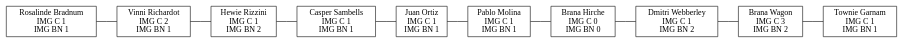
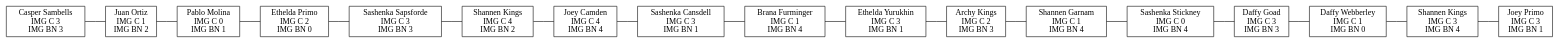
One commit to d-acetun/simulacion-sistema-impresion-de-imagenes changed the diagram in Fase1/colaRecepcion.dot. Above: the diagram before and after it, drawn with Graphviz. The commit also changed 17 other files, not shown here.

```diff
--- a/Fase1/colaRecepcion.dot
+++ b/Fase1/colaRecepcion.dot
@@ -1,24 +1,38 @@
 digraph ejemplo {
 node[shape=box]
 edge[arrowhead=none]
-0 [label="Rosalinde Bradnum\nIMG C 1\nIMG BN 1"]
-1 [label="Vinni Richardot\nIMG C 2\nIMG BN 1"]
-2 [label="Hewie Rizzini\nIMG C 1\nIMG BN 2"]
-3 [label="Casper Sambells\nIMG C 1\nIMG BN 1"]
-4 [label="Juan Ortiz\nIMG C 1\nIMG BN 1"]
-5 [label="Pablo Molina\nIMG C 1\nIMG BN 1"]
-6 [label="Brana Hirche\nIMG C 0\nIMG BN 0"]
-7 [label="Dmitri Webberley\nIMG C 1\nIMG BN 2"]
-8 [label="Brana Wagon\nIMG C 3\nIMG BN 2"]
-9 [label="Townie Garnam\nIMG C 1\nIMG BN 1"]
+0 [label="Casper Sambells\nIMG C 3\nIMG BN 3"]
+1 [label="Juan Ortiz\nIMG C 1\nIMG BN 2"]
+2 [label="Pablo Molina\nIMG C 0\nIMG BN 1"]
+3 [label="Ethelda Primo\nIMG C 2\nIMG BN 0"]
+4 [label="Sashenka Sapsforde\nIMG C 3\nIMG BN 3"]
+5 [label="Shannen Kings\nIMG C 4\nIMG BN 2"]
+6 [label="Joey Camden\nIMG C 4\nIMG BN 4"]
+7 [label="Sashenka Cansdell\nIMG C 3\nIMG BN 1"]
+8 [label="Brana Furminger\nIMG C 1\nIMG BN 4"]
+9 [label="Ethelda Yurukhin\nIMG C 3\nIMG BN 1"]
+10 [label="Archy Kings\nIMG C 2\nIMG BN 3"]
+11 [label="Shannen Garnam\nIMG C 1\nIMG BN 4"]
+12 [label="Sashenka Stickney\nIMG C 0\nIMG BN 4"]
+13 [label="Daffy Goad\nIMG C 3\nIMG BN 3"]
+14 [label="Daffy Webberley\nIMG C 1\nIMG BN 0"]
+15 [label="Shannen Kings\nIMG C 3\nIMG BN 4"]
+16 [label="Joey Primo\nIMG C 3\nIMG BN 1"]
 0->1
 1->2
 2->3
 3->4
 4->5
 5->6
 6->7
 7->8
 8->9
+9->10
+10->11
+11->12
+12->13
+13->14
+14->15
+15->16
 rankdir=LR
 }
```
